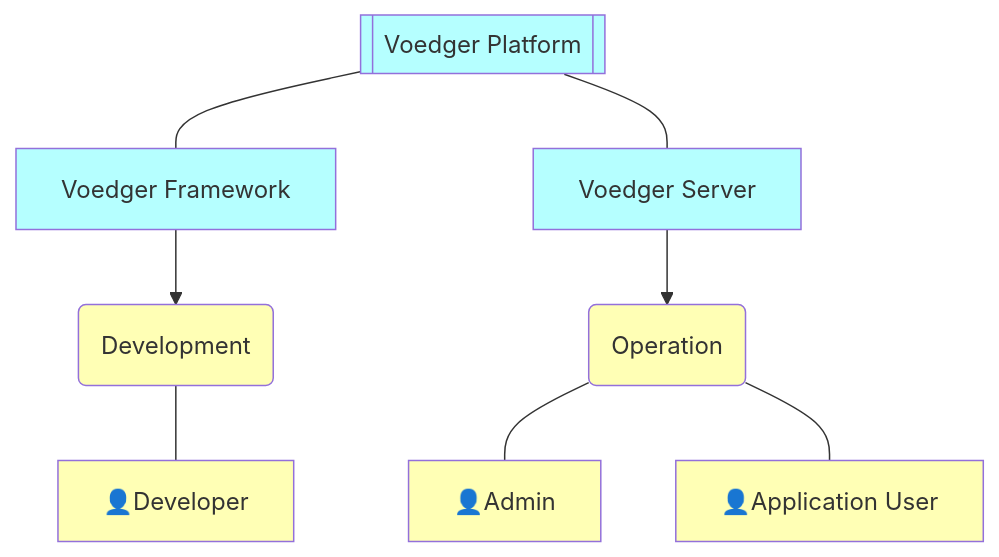
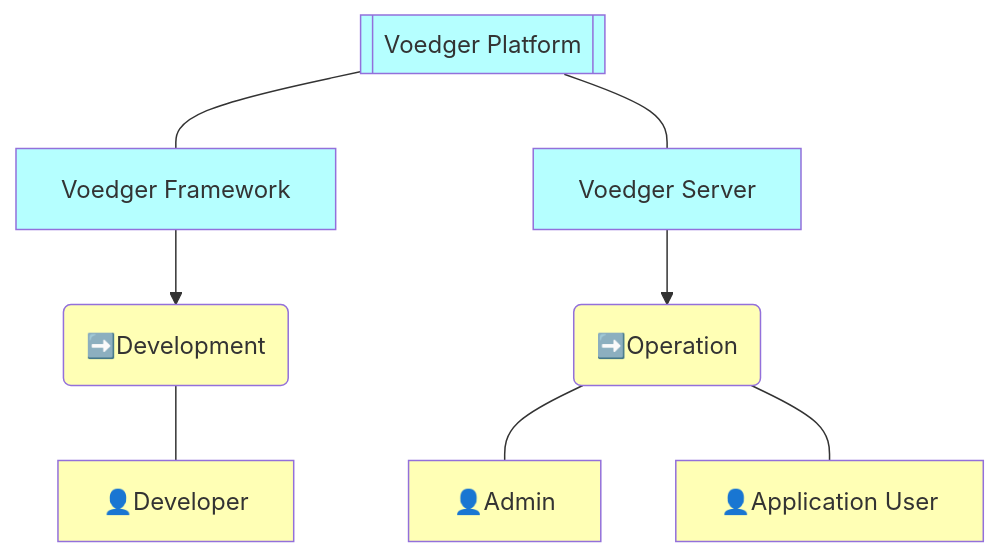
One commit to voedger/voedger-internals changed the diagram in README.md. Above: the diagram before and after it, drawn with Mermaid.

Commit message:
Update README.md with user role emojis

````diff
--- a/README.md
+++ b/README.md
@@ -6,34 +6,34 @@
 ```mermaid
     graph TD
 
     %% Entities ====================
 
     Voedger[["Voedger Platform"]]:::S
     VoedgerFramework["Voedger Framework"]:::S
     VoedgerServer["Voedger Server"]:::S
 
-    Operation(Operation):::B
-    Development(Development):::B
+    Operation(➡️Operation):::B
+    Development(➡️Development):::B
 
     Admin[👤Admin]:::B
     User[👤Application User]:::B
     Developer[👤Developer]:::B
 
     %% Relations ====================
 
     Voedger --- VoedgerFramework
     Voedger --- VoedgerServer
 
     VoedgerServer --> Operation
     VoedgerFramework --> Development
 
     Development --- Developer
     Operation --- Admin
     Operation --- User
 
 
     classDef B fill:#FFFFB5,color:#333
     classDef S fill:#B5FFFF,color:#333
     classDef H fill:#C9E7B7,color:#333
     classDef G fill:#ffffff15, stroke:#999, stroke-width:2px, stroke-dasharray: 5 5
 ```
````
